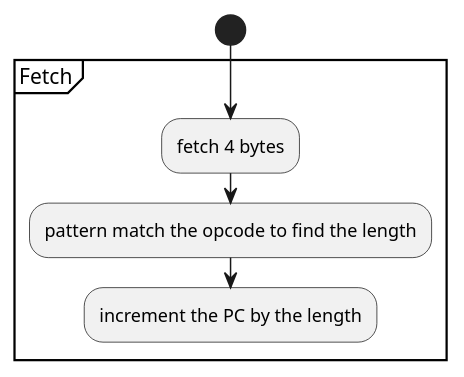
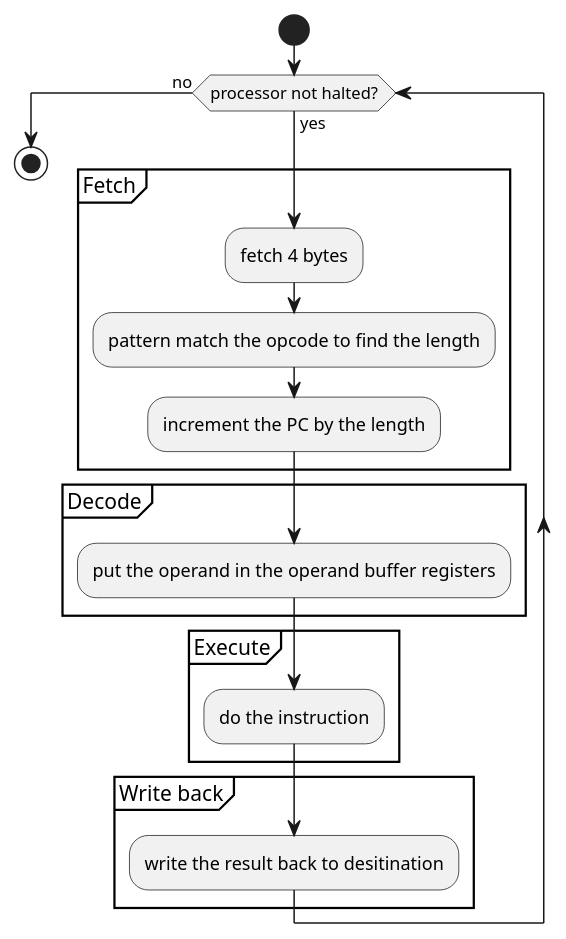
Before and after one commit to waridh/capstone-diagrams: the diagram in src/implementation/instruction-flow.puml, drawn with PlantUML.

Commit message:
updated the diagram for execution flow

```diff
--- a/src/implementation/instruction-flow.puml
+++ b/src/implementation/instruction-flow.puml
@@ -1,9 +1,20 @@
 @startuml
 start
+while (processor not halted?) is (yes)
 partition Fetch {
         :fetch 4 bytes;
         :pattern match the opcode to find the length;
         :increment the PC by the length;
 }
-
+partition Decode {
+        :put the operand in the operand buffer registers;
+}
+partition Execute {
+        :do the instruction;
+}
+partition "Write back" {
+        :write the result back to desitination;
+}
+endwhile (no)
+stop
 @enduml
```
